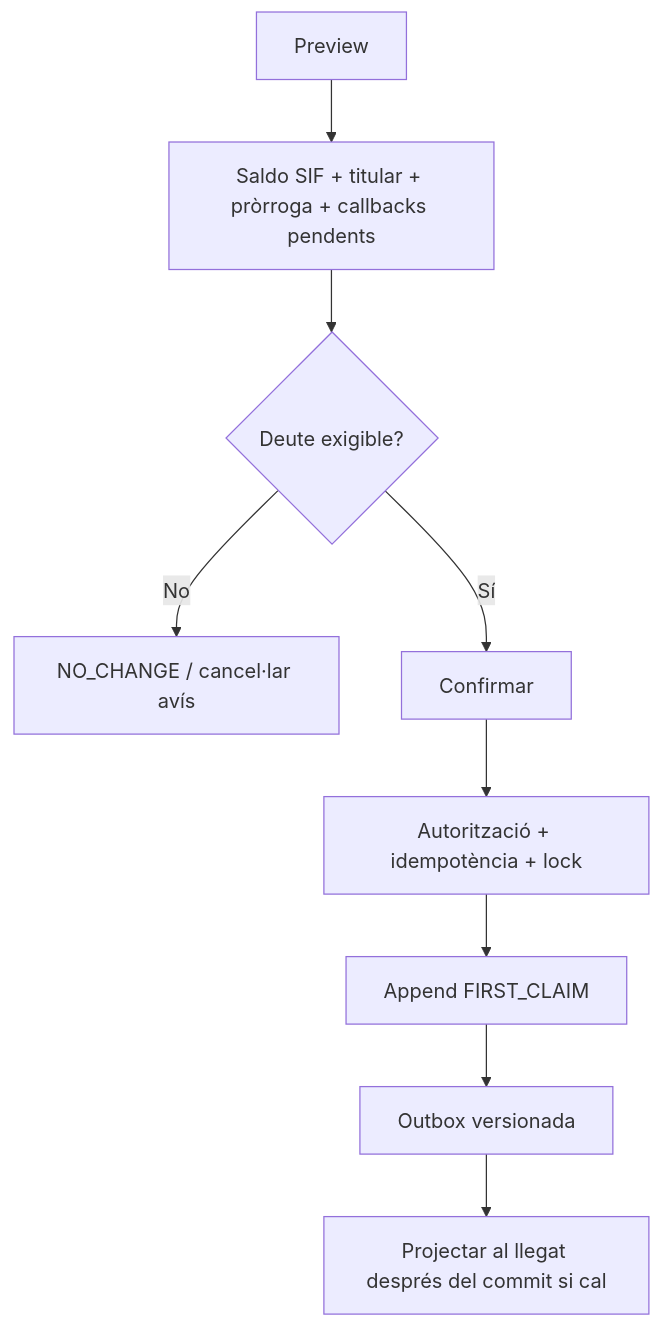
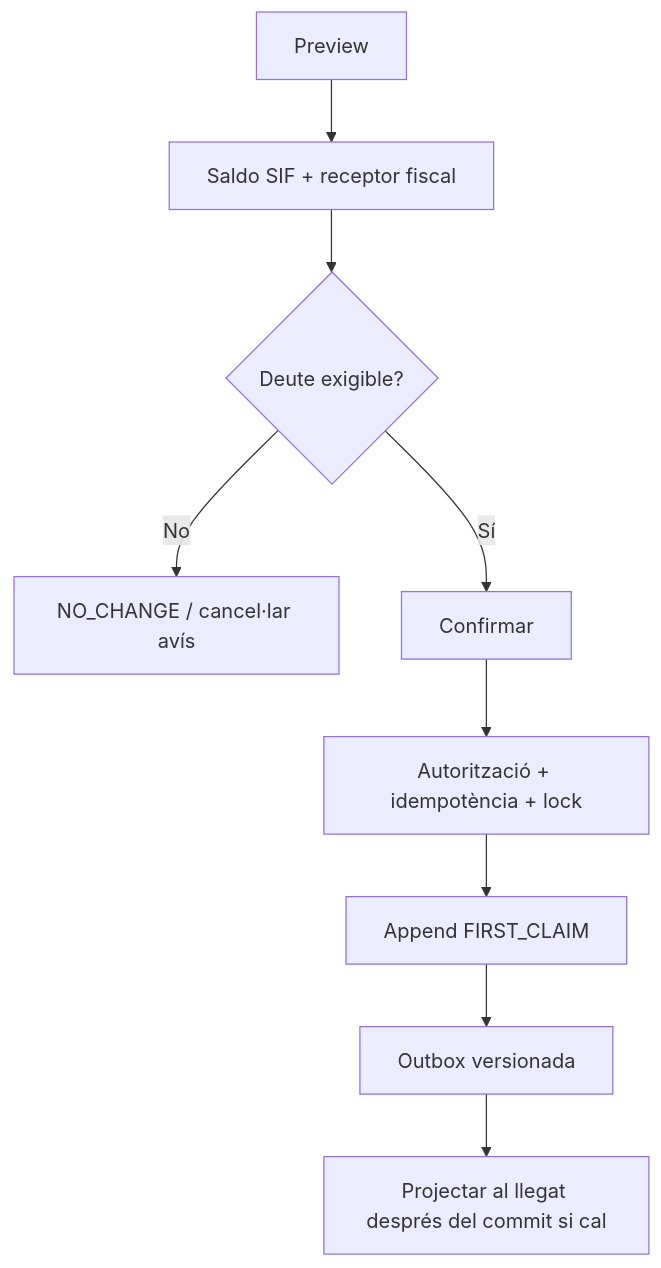
Before and after one commit to orgmeriemprismacat-del/verifactu: the fourth of 7 diagrams in documentacio/07-uml-integrat/uc-012-sequencies-activitats-actual-final.md, drawn with Mermaid. The commit also changed other lines of this file, not shown here.

````diff
--- a/documentacio/07-uml-integrat/uc-012-sequencies-activitats-actual-final.md
+++ b/documentacio/07-uml-integrat/uc-012-sequencies-activitats-actual-final.md
@@ -60,11 +60,11 @@
 ```mermaid
 flowchart TD
-A[Preview] --> B[Saldo SIF + titular + pròrroga + callbacks pendents]
+A[Preview] --> B[Saldo SIF + receptor fiscal]
 B --> C{Deute exigible?}
 C -- No --> D[NO_CHANGE / cancel·lar avís]
 C -- Sí --> E[Confirmar]
 E --> F[Autorització + idempotència + lock]
 F --> G[Append FIRST_CLAIM]
 G --> H[Outbox versionada]
 H --> I[Projectar al llegat després del commit si cal]
 ```
````
